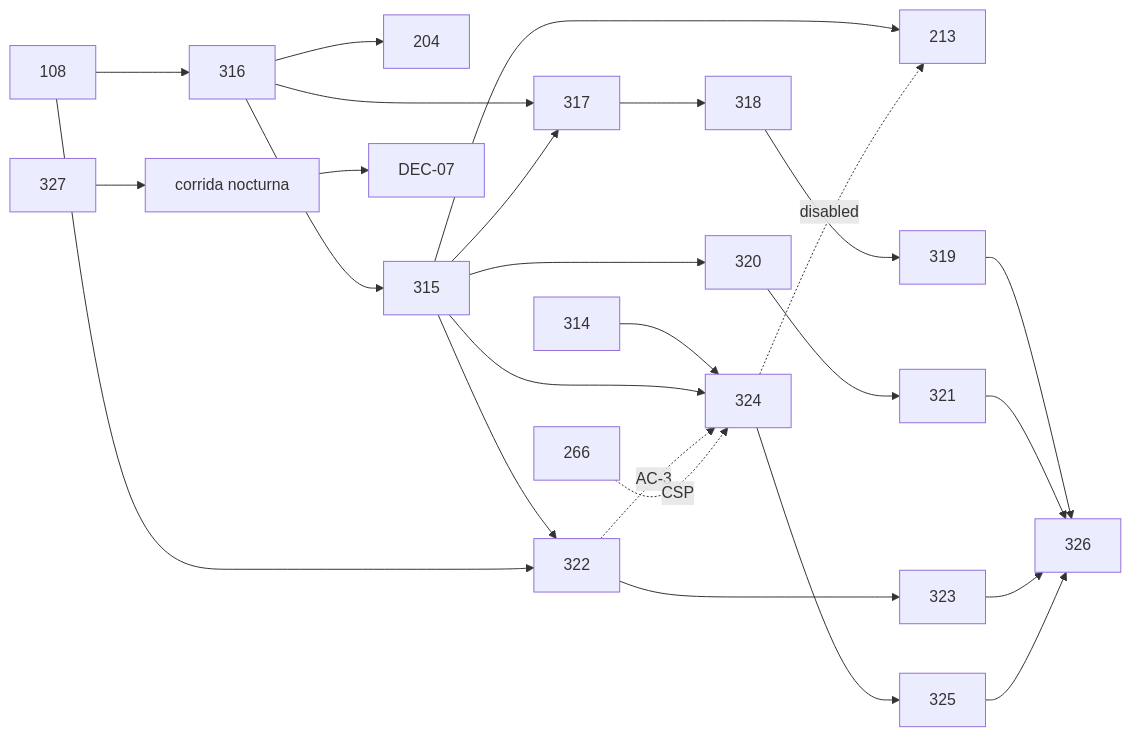
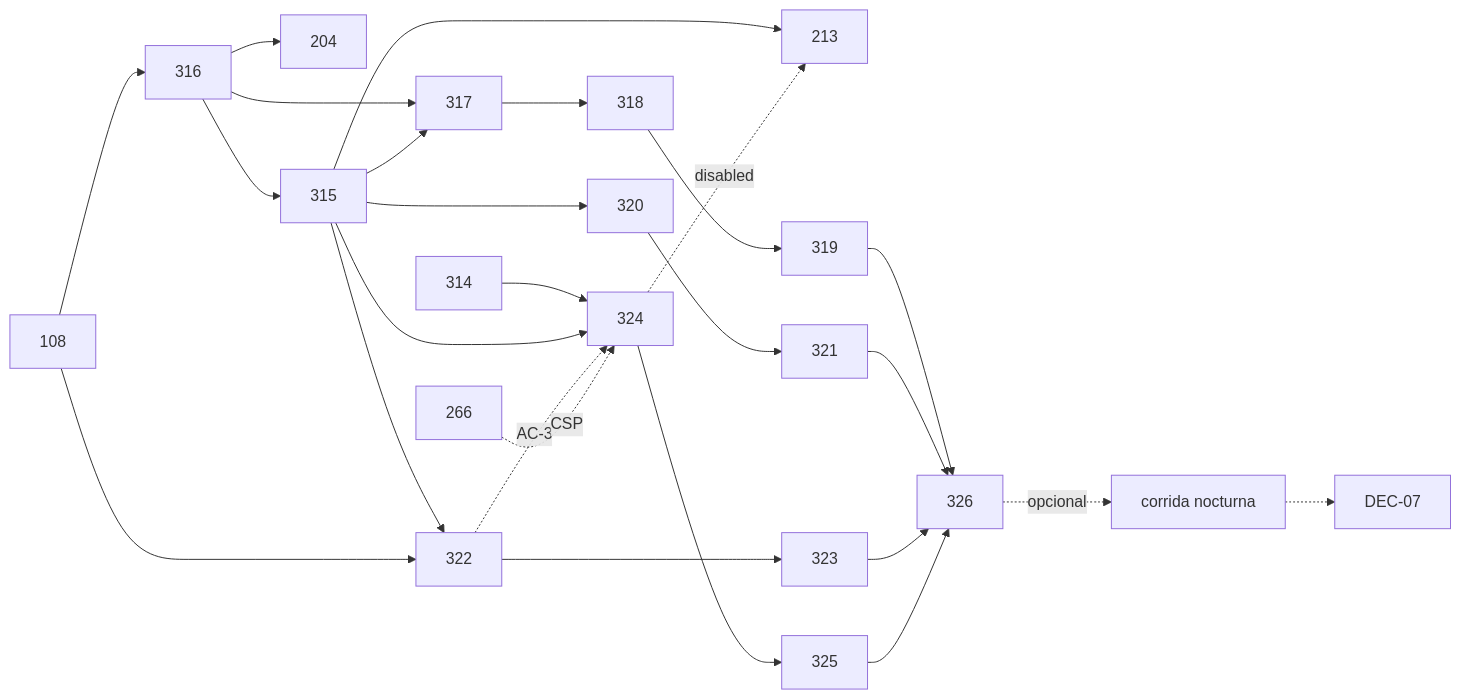
One commit to hatrickmario/OncoLens-Lab changed the diagram in backlog/sprints/S6-plan.md. Above: the diagram before and after it, drawn with Mermaid. The commit also changed other lines of this file, not shown here.

Commit message:
docs(s6): corrida nocturna al final y opcional; 3 días con la demo y 50 % de tokens [S6 resp. 22]

````diff
--- a/backlog/sprints/S6-plan.md
+++ b/backlog/sprints/S6-plan.md
@@ -49,20 +62,20 @@
 ```mermaid
 flowchart LR
   108 --> 316 --> 315 --> 320 --> 321
   316 --> 317 --> 318 --> 319
   315 --> 317
   316 --> 204
   315 --> 322 --> 323
   108 --> 322
   315 --> 213
   314 --> 324 --> 325
   315 --> 324
   322 -.AC-3.-> 324
   266 -.CSP.-> 324
   324 -.disabled.-> 213
   319 --> 326
   321 --> 326
   323 --> 326
   325 --> 326
-  327 --> N[corrida nocturna] --> D07[DEC-07]
+  326 -.opcional.-> N[corrida nocturna] -.-> D07[DEC-07]
 ```
````
